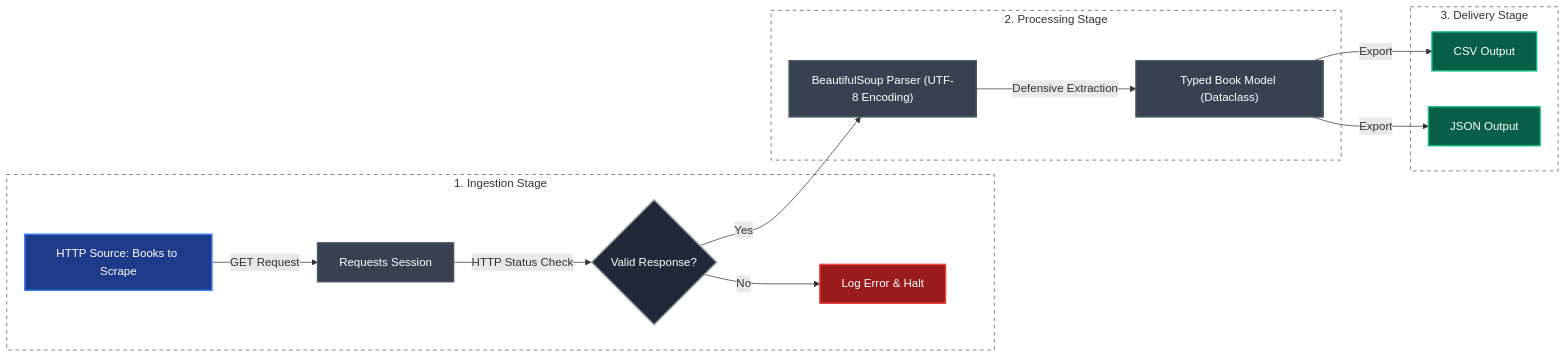
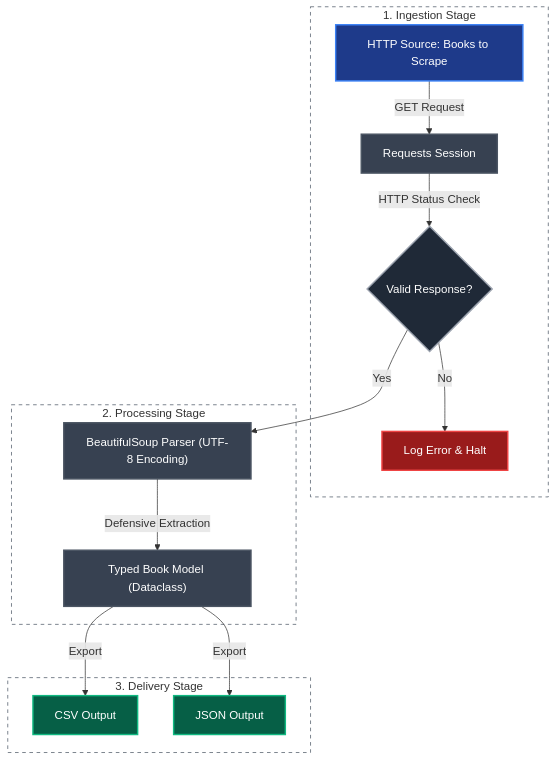
The diagram in README.md (moura07/enterprise-web-scraper), drawn with Mermaid before and after one commit.

Commit message:
docs: change Mermaid diagram orientation from LR to TD in README

````diff
--- a/README.md
+++ b/README.md
@@ -42,46 +42,46 @@
 ```mermaid
-graph LR
+graph TD
     subgraph Ingestion ["1. Ingestion Stage"]
         A["HTTP Source: Books to Scrape"]
         B["Requests Session"]
         C{"Valid Response?"}
         D["Log Error & Halt"]
     end
 
     subgraph Processing ["2. Processing Stage"]
         E["BeautifulSoup Parser (UTF-8 Encoding)"]
         F["Typed Book Model (Dataclass)"]
     end
 
     subgraph Delivery ["3. Delivery Stage"]
         G["CSV Output"]
         H["JSON Output"]
     end
 
     %% Flow / Connections
     A -->|GET Request| B
     B -->|HTTP Status Check| C
     C -->|No| D
     C -->|Yes| E
     E -->|Defensive Extraction| F
     F -->|Export| G
     F -->|Export| H
 
     %% Node Styling (High Contrast & Modern Palette)
     classDef source fill:#1e3a8a,stroke:#3b82f6,stroke-width:2px,color:#ffffff;
     classDef process fill:#374151,stroke:#4b5563,stroke-width:2px,color:#ffffff;
     classDef decision fill:#1f2937,stroke:#9ca3af,stroke-width:2px,color:#ffffff;
     classDef error fill:#991b1b,stroke:#ef4444,stroke-width:2px,color:#ffffff;
     classDef output fill:#065f46,stroke:#10b981,stroke-width:2px,color:#ffffff;
 
     class A source;
     class B,E,F process;
     class C decision;
     class D error;
     class G,H output;
 
     %% Subgraph Styling (Subtle & Dark-Theme Friendly)
     style Ingestion fill:none,stroke:#4b5563,stroke-width:1px,stroke-dasharray: 5 5;
     style Processing fill:none,stroke:#4b5563,stroke-width:1px,stroke-dasharray: 5 5;
     style Delivery fill:none,stroke:#4b5563,stroke-width:1px,stroke-dasharray: 5 5;
 ```
````
